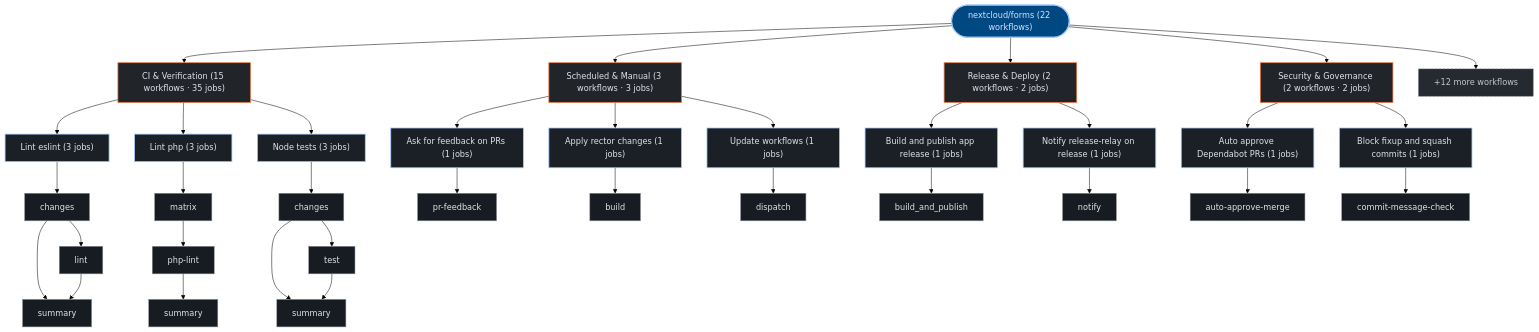
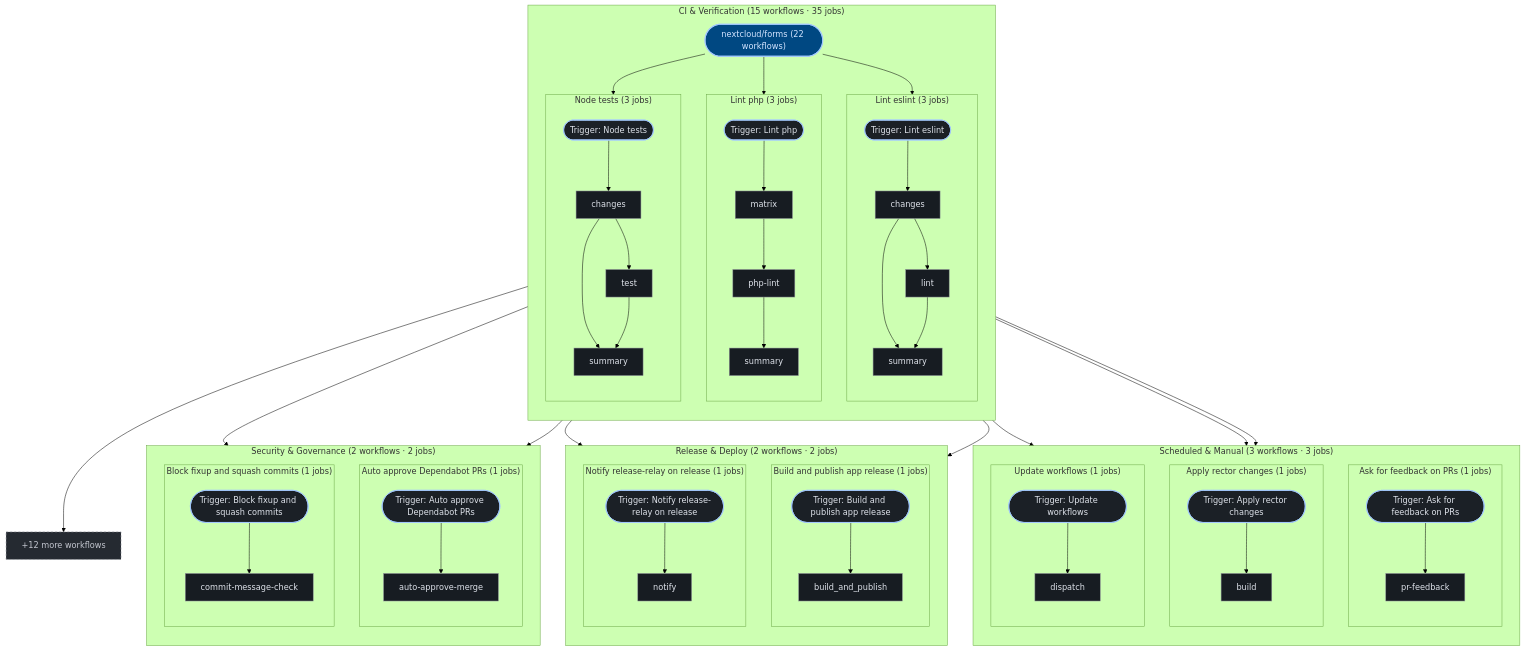
Before and after one commit to kumarshaz/atruss-code-atlas: the second of 2 diagrams in exports/latest/reports/nextcloud-forms-report.md, drawn with Mermaid (forest theme). The commit also changed 181 other files, not shown here.

````diff
--- a/exports/latest/reports/nextcloud-forms-report.md
+++ b/exports/latest/reports/nextcloud-forms-report.md
@@ -217,68 +217,102 @@
   classDef atlasAlert fill:#93000a,stroke:#ffb4ab,stroke-width:1.5px,color:#ffdad6
   classDef atlasMore fill:#252a31,stroke:#8d9199,stroke-dasharray:4 4,color:#c3c6cf
   pipeline_root(["nextcloud/forms (22 workflows)"]):::atlasRoot
-  grp_0_CI___Verification["CI & Verification (15 workflows · 35 jobs)"]:::atlasCategory
-  pipeline_root --> grp_0_CI___Verification
-  wf_3_Lint_eslint["Lint eslint (3 jobs)"]:::atlasWorkflow
-  grp_0_CI___Verification --> wf_3_Lint_eslint
-  job_3_changes["changes"]:::atlasJob
-  job_3_lint["lint"]:::atlasJob
-  job_3_summary["summary"]:::atlasJob
-  wf_3_Lint_eslint --> job_3_changes
-  job_3_changes --> job_3_lint
-  job_3_changes --> job_3_summary
-  job_3_lint --> job_3_summary
-  wf_6_Lint_php["Lint php (3 jobs)"]:::atlasWorkflow
-  grp_0_CI___Verification --> wf_6_Lint_php
-  job_6_matrix["matrix"]:::atlasJob
-  job_6_php_lint["php-lint"]:::atlasJob
-  job_6_summary["summary"]:::atlasJob
-  wf_6_Lint_php --> job_6_matrix
-  job_6_matrix --> job_6_php_lint
-  job_6_php_lint --> job_6_summary
-  wf_8_Node_tests["Node tests (3 jobs)"]:::atlasWorkflow
-  grp_0_CI___Verification --> wf_8_Node_tests
-  job_8_changes["changes"]:::atlasJob
-  job_8_test["test"]:::atlasJob
-  job_8_summary["summary"]:::atlasJob
-  wf_8_Node_tests --> job_8_changes
-  job_8_changes --> job_8_test
-  job_8_changes --> job_8_summary
-  job_8_test --> job_8_summary
-  grp_1_Scheduled___Manual["Scheduled & Manual (3 workflows · 3 jobs)"]:::atlasCategory
-  pipeline_root --> grp_1_Scheduled___Manual
-  wf_16_Ask_for_feedback_on_PRs["Ask for feedback on PRs (1 jobs)"]:::atlasWorkflow
-  grp_1_Scheduled___Manual --> wf_16_Ask_for_feedback_on_PRs
-  job_16_pr_feedback["pr-feedback"]:::atlasJob
-  wf_16_Ask_for_feedback_on_PRs --> job_16_pr_feedback
-  wf_18_Apply_rector_changes["Apply rector changes (1 jobs)"]:::atlasWorkflow
-  grp_1_Scheduled___Manual --> wf_18_Apply_rector_changes
-  job_18_build["build"]:::atlasJob
-  wf_18_Apply_rector_changes --> job_18_build
-  wf_21_Update_workflows["Update workflows (1 jobs)"]:::atlasWorkflow
-  grp_1_Scheduled___Manual --> wf_21_Update_workflows
-  job_21_dispatch["dispatch"]:::atlasJob
-  wf_21_Update_workflows --> job_21_dispatch
-  grp_2_Release___Deploy["Release & Deploy (2 workflows · 2 jobs)"]:::atlasCategory
-  pipeline_root --> grp_2_Release___Deploy
-  wf_0_Build_and_publish_app_release["Build and publish app release (1 jobs)"]:::atlasWorkflow
-  grp_2_Release___Deploy --> wf_0_Build_and_publish_app_release
-  job_0_build_and_publish["build_and_publish"]:::atlasJob
-  wf_0_Build_and_publish_app_release --> job_0_build_and_publish
-  wf_19_Notify_release_relay_on_release["Notify release-relay on release (1 jobs)"]:::atlasWorkflow
-  grp_2_Release___Deploy --> wf_19_Notify_release_relay_on_release
-  job_19_notify["notify"]:::atlasJob
-  wf_19_Notify_release_relay_on_release --> job_19_notify
-  grp_3_Security___Governance["Security & Governance (2 workflows · 2 jobs)"]:::atlasCategory
-  pipeline_root --> grp_3_Security___Governance
-  wf_1_Auto_approve_Dependabot_PRs["Auto approve Dependabot PRs (1 jobs)"]:::atlasWorkflow
-  grp_3_Security___Governance --> wf_1_Auto_approve_Dependabot_PRs
-  job_1_auto_approve_merge["auto-approve-merge"]:::atlasJob
-  wf_1_Auto_approve_Dependabot_PRs --> job_1_auto_approve_merge
-  wf_2_Block_fixup_and_squash_commits["Block fixup and squash commits (1 jobs)"]:::atlasWorkflow
-  grp_3_Security___Governance --> wf_2_Block_fixup_and_squash_commits
-  job_2_commit_message_check["commit-message-check"]:::atlasJob
-  wf_2_Block_fixup_and_squash_commits --> job_2_commit_message_check
+  subgraph sg_grp_0_CI___Verification["CI & Verification (15 workflows · 35 jobs)"]
+    direction TB
+    subgraph sg_wf_3_Lint_eslint["Lint eslint (3 jobs)"]
+      direction TB
+      wf_3_Lint_eslint(["Trigger: Lint eslint"]):::atlasWorkflow
+      job_3_changes["changes"]:::atlasJob
+      job_3_lint["lint"]:::atlasJob
+      job_3_summary["summary"]:::atlasJob
+      wf_3_Lint_eslint --> job_3_changes
+      job_3_changes --> job_3_lint
+      job_3_changes --> job_3_summary
+      job_3_lint --> job_3_summary
+    end
+    pipeline_root --> wf_3_Lint_eslint
+    subgraph sg_wf_6_Lint_php["Lint php (3 jobs)"]
+      direction TB
+      wf_6_Lint_php(["Trigger: Lint php"]):::atlasWorkflow
+      job_6_matrix["matrix"]:::atlasJob
+      job_6_php_lint["php-lint"]:::atlasJob
+      job_6_summary["summary"]:::atlasJob
+      wf_6_Lint_php --> job_6_matrix
+      job_6_matrix --> job_6_php_lint
+      job_6_php_lint --> job_6_summary
+    end
+    pipeline_root --> wf_6_Lint_php
+    subgraph sg_wf_8_Node_tests["Node tests (3 jobs)"]
+      direction TB
+      wf_8_Node_tests(["Trigger: Node tests"]):::atlasWorkflow
+      job_8_changes["changes"]:::atlasJob
+      job_8_test["test"]:::atlasJob
+      job_8_summary["summary"]:::atlasJob
+      wf_8_Node_tests --> job_8_changes
+      job_8_changes --> job_8_test
+      job_8_changes --> job_8_summary
+      job_8_test --> job_8_summary
+    end
+    pipeline_root --> wf_8_Node_tests
+  end
+  subgraph sg_grp_1_Scheduled___Manual["Scheduled & Manual (3 workflows · 3 jobs)"]
+    direction TB
+    subgraph sg_wf_16_Ask_for_feedback_on_PRs["Ask for feedback on PRs (1 jobs)"]
+      direction TB
+      wf_16_Ask_for_feedback_on_PRs(["Trigger: Ask for feedback on PRs"]):::atlasWorkflow
+      job_16_pr_feedback["pr-feedback"]:::atlasJob
+      wf_16_Ask_for_feedback_on_PRs --> job_16_pr_feedback
+    end
+    pipeline_root --> wf_16_Ask_for_feedback_on_PRs
+    subgraph sg_wf_18_Apply_rector_changes["Apply rector changes (1 jobs)"]
+      direction TB
+      wf_18_Apply_rector_changes(["Trigger: Apply rector changes"]):::atlasWorkflow
+      job_18_build["build"]:::atlasJob
+      wf_18_Apply_rector_changes --> job_18_build
+    end
+    pipeline_root --> wf_18_Apply_rector_changes
+    subgraph sg_wf_21_Update_workflows["Update workflows (1 jobs)"]
+      direction TB
+      wf_21_Update_workflows(["Trigger: Update workflows"]):::atlasWorkflow
+      job_21_dispatch["dispatch"]:::atlasJob
+      wf_21_Update_workflows --> job_21_dispatch
+    end
+    pipeline_root --> wf_21_Update_workflows
+  end
+  subgraph sg_grp_2_Release___Deploy["Release & Deploy (2 workflows · 2 jobs)"]
+    direction TB
+    subgraph sg_wf_0_Build_and_publish_app_release["Build and publish app release (1 jobs)"]
+      direction TB
+      wf_0_Build_and_publish_app_release(["Trigger: Build and publish app release"]):::atlasWorkflow
+      job_0_build_and_publish["build_and_publish"]:::atlasJob
+      wf_0_Build_and_publish_app_release --> job_0_build_and_publish
+    end
+    pipeline_root --> wf_0_Build_and_publish_app_release
+    subgraph sg_wf_19_Notify_release_relay_on_release["Notify release-relay on release (1 jobs)"]
+      direction TB
+      wf_19_Notify_release_relay_on_release(["Trigger: Notify release-relay on release"]):::atlasWorkflow
+      job_19_notify["notify"]:::atlasJob
+      wf_19_Notify_release_relay_on_release --> job_19_notify
+    end
+    pipeline_root --> wf_19_Notify_release_relay_on_release
+  end
+  subgraph sg_grp_3_Security___Governance["Security & Governance (2 workflows · 2 jobs)"]
+    direction TB
+    subgraph sg_wf_1_Auto_approve_Dependabot_PRs["Auto approve Dependabot PRs (1 jobs)"]
+      direction TB
+      wf_1_Auto_approve_Dependabot_PRs(["Trigger: Auto approve Dependabot PRs"]):::atlasWorkflow
+      job_1_auto_approve_merge["auto-approve-merge"]:::atlasJob
+      wf_1_Auto_approve_Dependabot_PRs --> job_1_auto_approve_merge
+    end
+    pipeline_root --> wf_1_Auto_approve_Dependabot_PRs
+    subgraph sg_wf_2_Block_fixup_and_squash_commits["Block fixup and squash commits (1 jobs)"]
+      direction TB
+      wf_2_Block_fixup_and_squash_commits(["Trigger: Block fixup and squash commits"]):::atlasWorkflow
+      job_2_commit_message_check["commit-message-check"]:::atlasJob
+      wf_2_Block_fixup_and_squash_commits --> job_2_commit_message_check
+    end
+    pipeline_root --> wf_2_Block_fixup_and_squash_commits
+  end
   wf_more["+12 more workflows"]:::atlasMore
   pipeline_root --> wf_more
 ```
````
